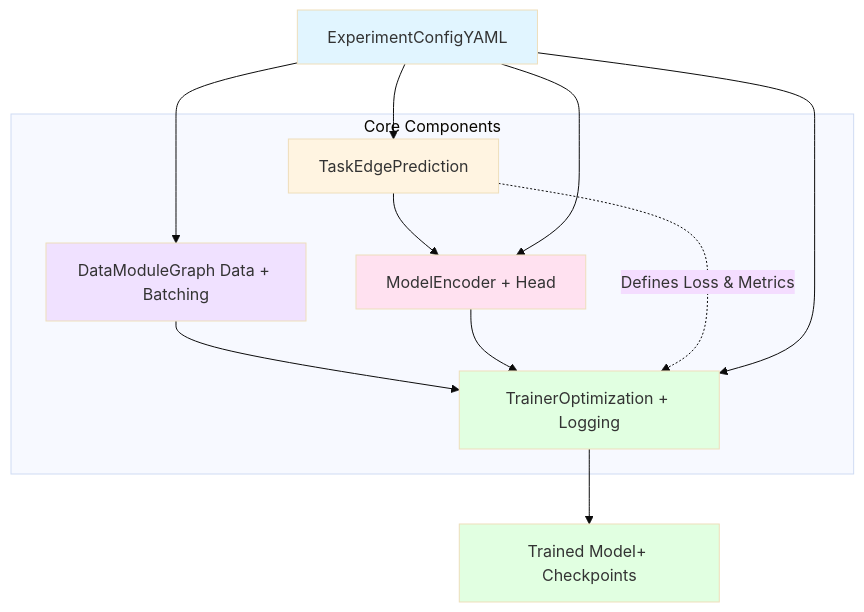
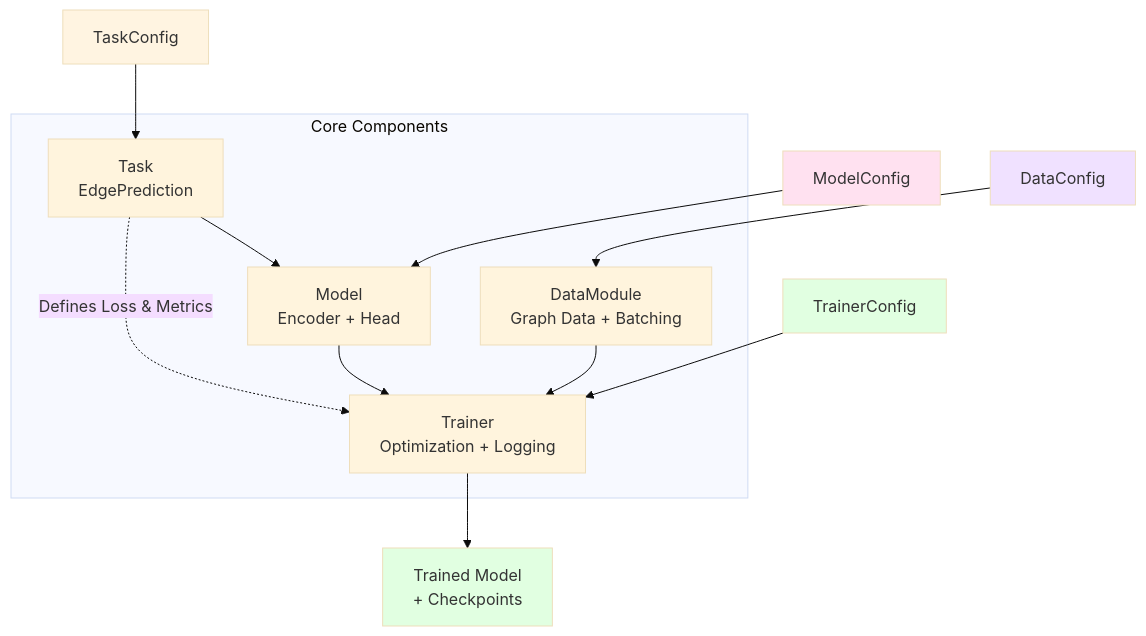
One commit to shackett/shackett changed the first of 2 diagrams in posts/staging/napistu_nets.qmd. Above: the diagram before and after it, drawn with Mermaid (base theme). The commit also changed other lines of this file and 1 other file, not shown here.

````diff
--- a/posts/staging/napistu_nets.qmd
+++ b/posts/staging/napistu_nets.qmd
@@ -234,23 +244,22 @@
 ```{mermaid}
 graph TB
     subgraph "Core Components"
-        T[TaskEdgePrediction] --> M[ModelEncoder + Head]
-        D[DataModuleGraph Data + Batching] --> TR[TrainerOptimization + Logging]
+        T[Task<br/>EdgePrediction] --> M[Model<br/>Encoder + Head]
+        D[DataModule<br/>Graph Data + Batching] --> TR[Trainer<br/>Optimization + Logging]
         M --> TR
         T -.Defines Loss & Metrics.-> TR
     end
     
-    C[ExperimentConfigYAML] --> T
-    C --> M
-    C --> D
-    C --> TR
+    TC[TaskConfig] --> T
+    MC[ModelConfig] --> M
+    DC[DataConfig] --> D
+    TRC[TrainerConfig] --> TR
     
-    TR --> O[Trained Model+ Checkpoints]
+    TR --> O[Trained Model<br/>+ Checkpoints]
     
-    style C fill:#e1f5ff
+    style TC fill:#fff4e1
+    style MC fill:#ffe1f0
+    style DC fill:#f0e1ff
+    style TRC fill:#e1ffe1
     style O fill:#e1ffe1
-    style T fill:#fff4e1
-    style M fill:#ffe1f0
-    style D fill:#f0e1ff
-    style TR fill:#e1ffe1
 ```
````
